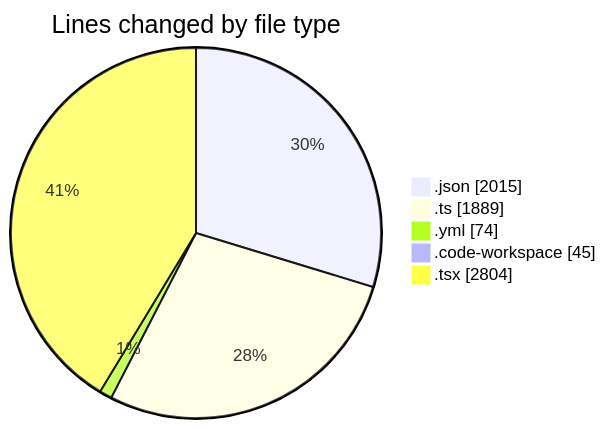
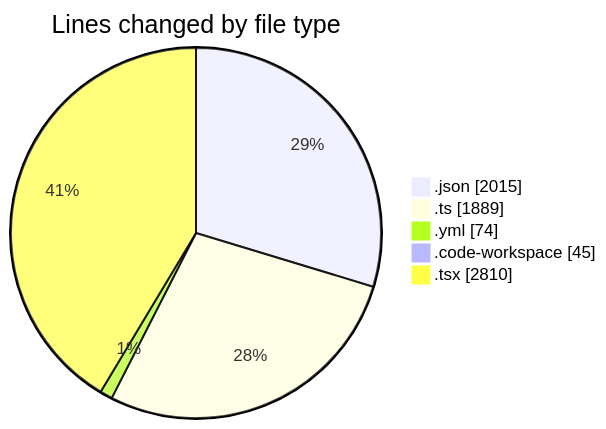
Before and after one commit to julien-gomy/code-tracking: the first of 2 diagrams in 2025-11-25/eventscop-frontend-guide__workspace_/README.md, drawn with Mermaid. The commit also changed other lines of this file and 1 other file, not shown here.

````diff
--- a/2025-11-25/eventscop-frontend-guide__workspace_/README.md
+++ b/2025-11-25/eventscop-frontend-guide__workspace_/README.md
@@ -45,9 +45,9 @@
 ```mermaid
 pie showData
 title Lines changed by file type
 ".json" : 2015
 ".ts" : 1889
 ".yml" : 74
 ".code-workspace" : 45
-".tsx" : 2804
+".tsx" : 2810
 ```
````
